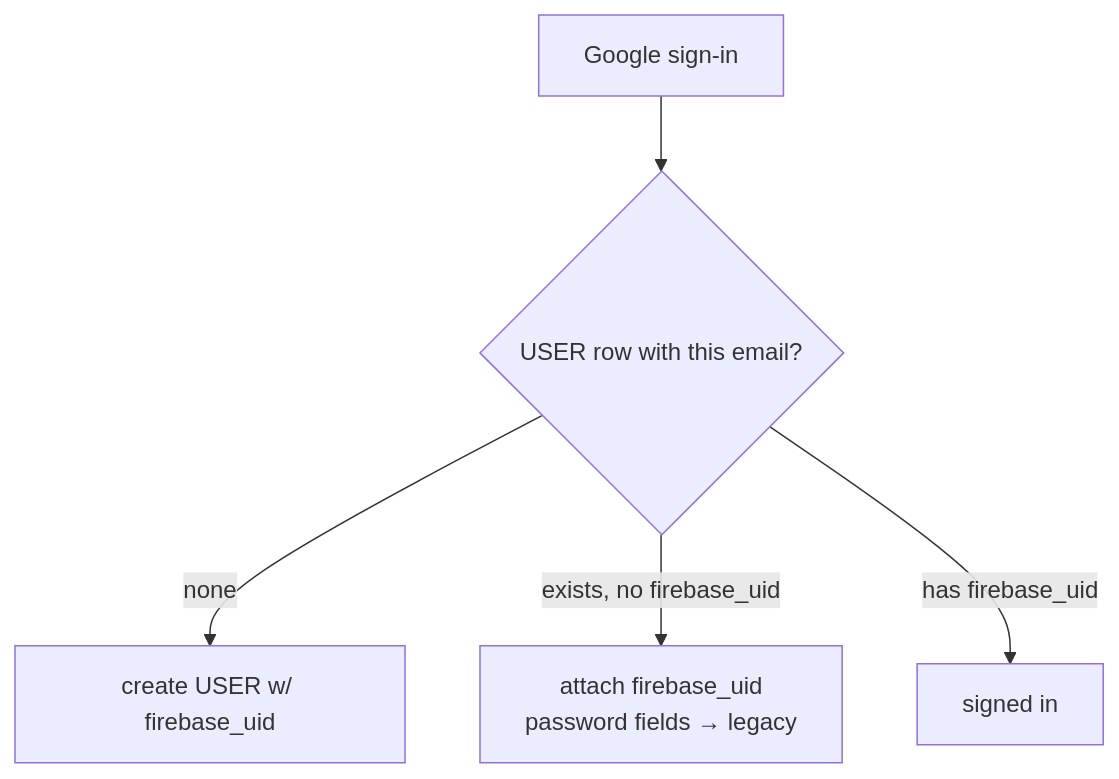
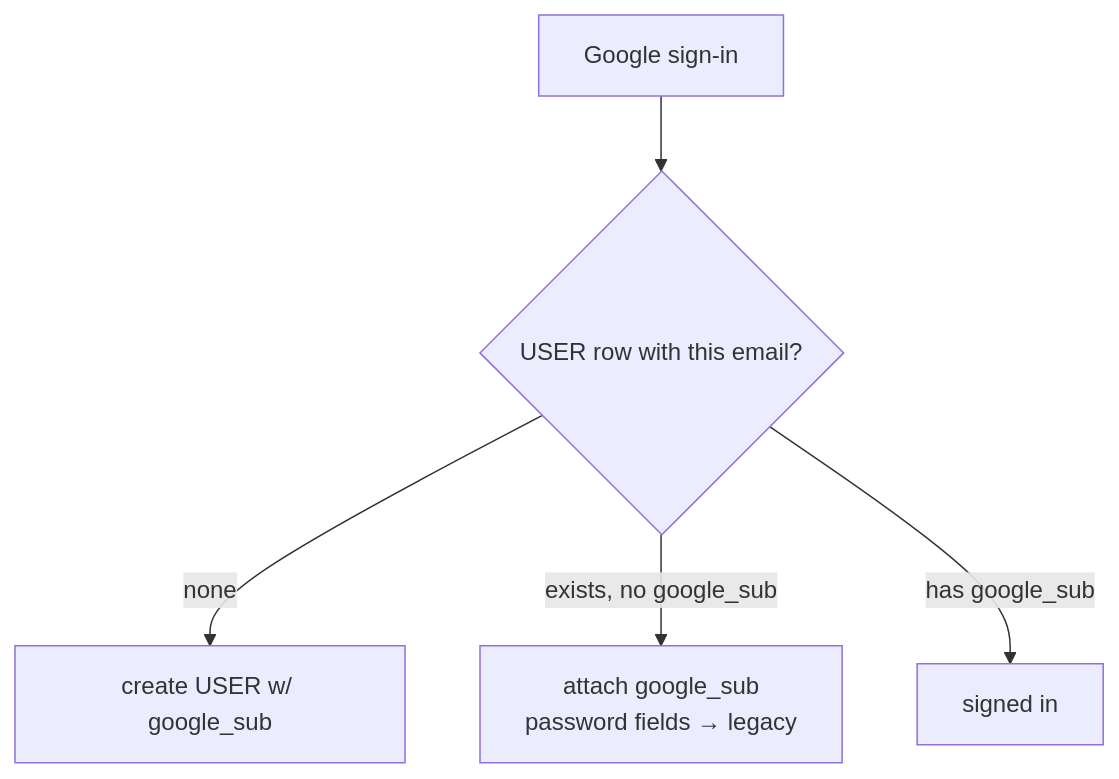
One commit to cuesoftinc/expendit changed the second of 2 diagrams in docs/flows/auth.md. Above: the diagram before and after it, drawn with Mermaid. The commit also changed other lines of this file and 70 other files, not shown here.

First line of the commit message:
feat: sign in with Google through the API handoff flow (#357)

````diff
--- a/docs/flows/auth.md
+++ b/docs/flows/auth.md
@@ -40,7 +61,7 @@
 ```mermaid
 flowchart TD
     G[Google sign-in] --> V{USER row with this email?}
-    V -->|none| NEW[create USER w/ firebase_uid]
-    V -->|exists, no firebase_uid| ATTACH[attach firebase_uid<br/>password fields → legacy]
-    V -->|has firebase_uid| OK[signed in]
+    V -->|none| NEW[create USER w/ google_sub]
+    V -->|exists, no google_sub| ATTACH[attach google_sub<br/>password fields → legacy]
+    V -->|has google_sub| OK[signed in]
 ```
````
